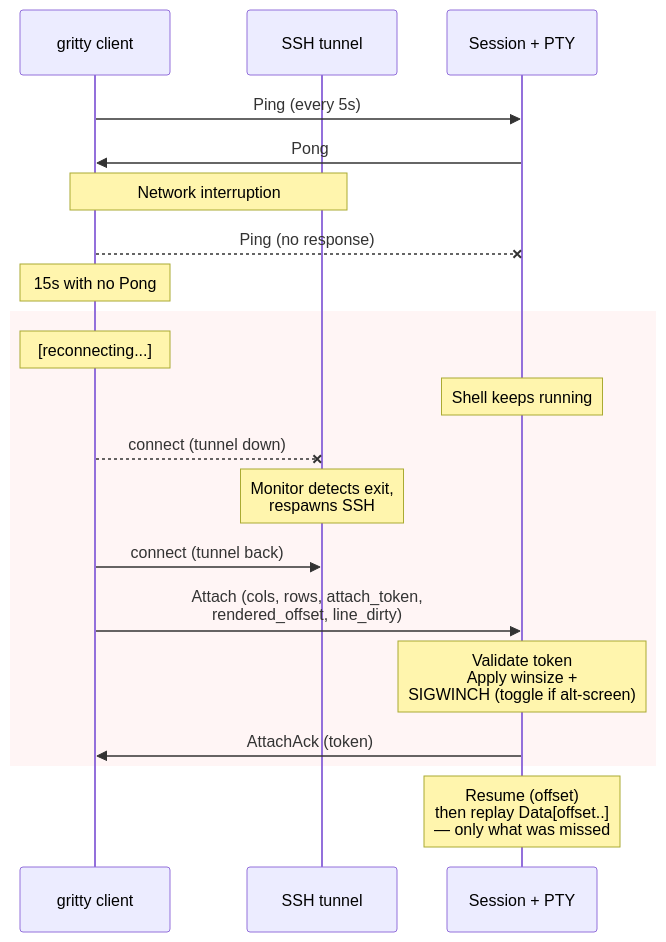
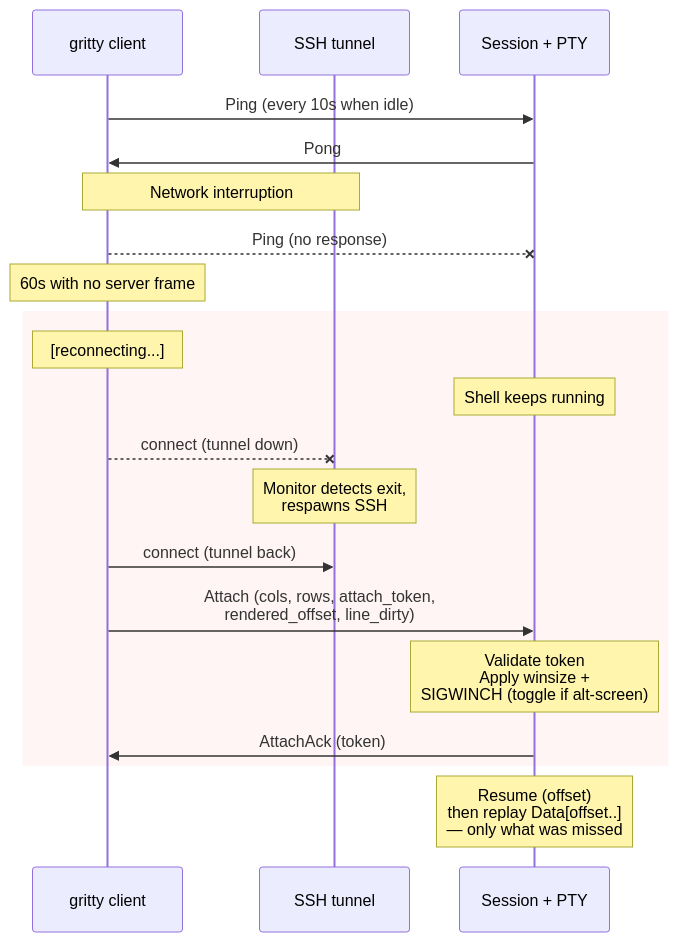
The second of 3 diagrams in ARCHITECTURE.md (chipturner/gritty), drawn with Mermaid before and after one commit. The commit also changed other lines of this file and 2 other files, not shown here.

Commit message:
docs: fix inaccuracies in README, config template, and ARCHITECTURE
- macOS config path: ~/Library/Application Support/gritty, not ~/.config.
- Config template had isolate-control-path inverted (default is true, and
  true forces ControlPath=none).
- Security Model: URL-open forwarding is on by default, not opt-in;
  recommend --no-forward-agent (forward-agent can be enabled via config,
  so omitting -A is not enough) and document the flag.
- lf/rf were described backwards -- lf makes the remote bind, rf the local.
- Stale MSRV (1.85 -> 1.94), stale version (0.9.3 -> 0.11.0).
- Document client-name, --no-timeout / 300s default; drop the curl|sh
  install from Troubleshooting; correct the 'defaults to default' claim.
- ARCHITECTURE: heartbeat diagram (10s/60s, not 5s/15s); drop the
  non-existent 'gritty paste'.

````diff
--- a/ARCHITECTURE.md
+++ b/ARCHITECTURE.md
@@ -38,26 +38,26 @@
 ```mermaid
 sequenceDiagram
     participant C as gritty client
     participant T as SSH tunnel
     participant S as Session + PTY
 
-    C->>S: Ping (every 5s)
+    C->>S: Ping (every 10s when idle)
     S->>C: Pong
 
     Note over C,T: Network interruption
     C--xS: Ping (no response)
-    Note over C: 15s with no Pong
+    Note over C: 60s with no server frame
 
     rect rgb(255, 245, 245)
     Note over C: [reconnecting...]
     Note over S: Shell keeps running
     C--xT: connect (tunnel down)
     Note over T: Monitor detects exit,<br/>respawns SSH
     C->>T: connect (tunnel back)
     C->>S: Attach (cols, rows, attach_token,<br/>rendered_offset, line_dirty)
     Note over S: Validate token<br/>Apply winsize +<br/>SIGWINCH (toggle if alt-screen)
     S->>C: AttachAck (token)
     end
 
     Note over S: Resume (offset)<br/>then replay Data[offset..]<br/>— only what was missed
 ```
````
